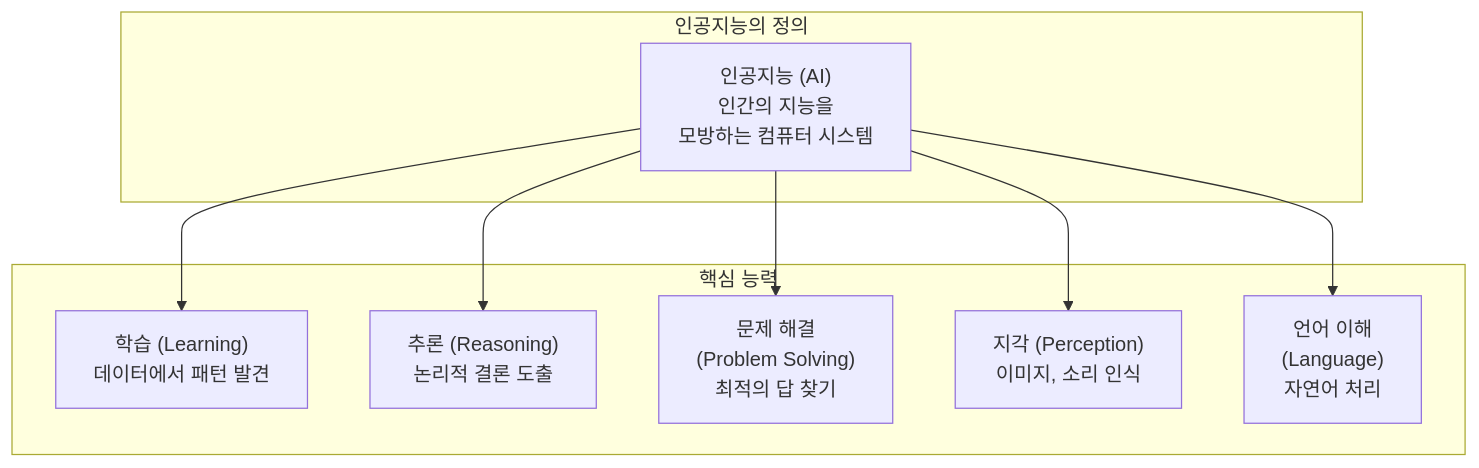
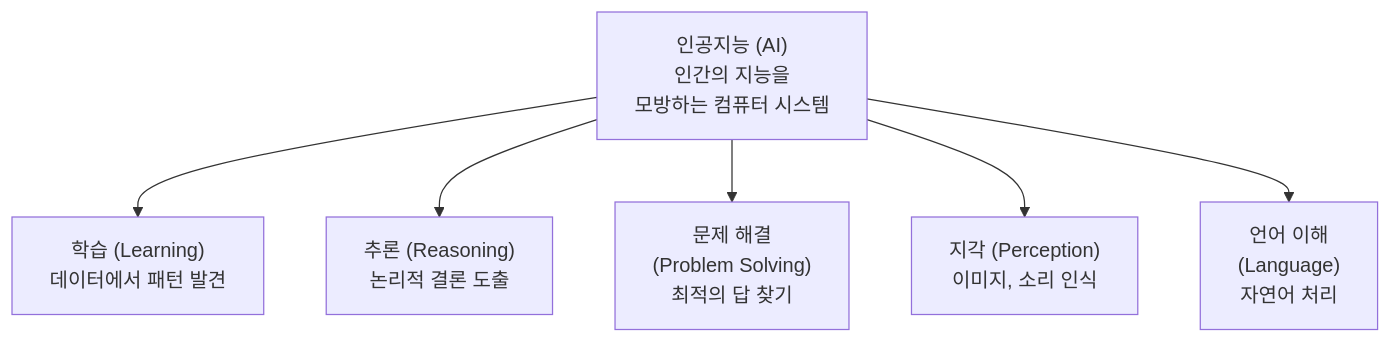
The first of 10 diagrams in ai-programming/01_서론/01_AI란.md (jingu279/Document), drawn with Mermaid before and after one commit. The commit also changed other lines of this file and 9 other files, not shown here.

Commit message:
Fix all broken Mermaid diagrams across AI book (cross-subgraph connections, reserved keywords, duplicate nodes)

````diff
--- a/ai-programming/01_서론/01_AI란.md
+++ b/ai-programming/01_서론/01_AI란.md
@@ -15,20 +15,15 @@
 ```mermaid
 flowchart TB
-  subgraph AI[인공지능의 정의]
-    Def["인공지능 (AI)<br/>인간의 지능을<br/>모방하는 컴퓨터 시스템"]
-  end
-
-  subgraph Capabilities[핵심 능력]
-    Learn["학습 (Learning)<br/>데이터에서 패턴 발견"]
-    Reason["추론 (Reasoning)<br/>논리적 결론 도출"]
-    Problem["문제 해결<br/>(Problem Solving)<br/>최적의 답 찾기"]
-    Perceive["지각 (Perception)<br/>이미지, 소리 인식"]
-    Lang["언어 이해<br/>(Language)<br/>자연어 처리"]
-  end
+  Def["인공지능 (AI)<br/>인간의 지능을<br/>모방하는 컴퓨터 시스템"]
+  Learn["학습 (Learning)<br/>데이터에서 패턴 발견"]
+  Reason["추론 (Reasoning)<br/>논리적 결론 도출"]
+  Problem["문제 해결<br/>(Problem Solving)<br/>최적의 답 찾기"]
+  Perceive["지각 (Perception)<br/>이미지, 소리 인식"]
+  Lang["언어 이해<br/>(Language)<br/>자연어 처리"]
 
   Def --> Learn
   Def --> Reason
   Def --> Problem
   Def --> Perceive
   Def --> Lang
 ```
````
